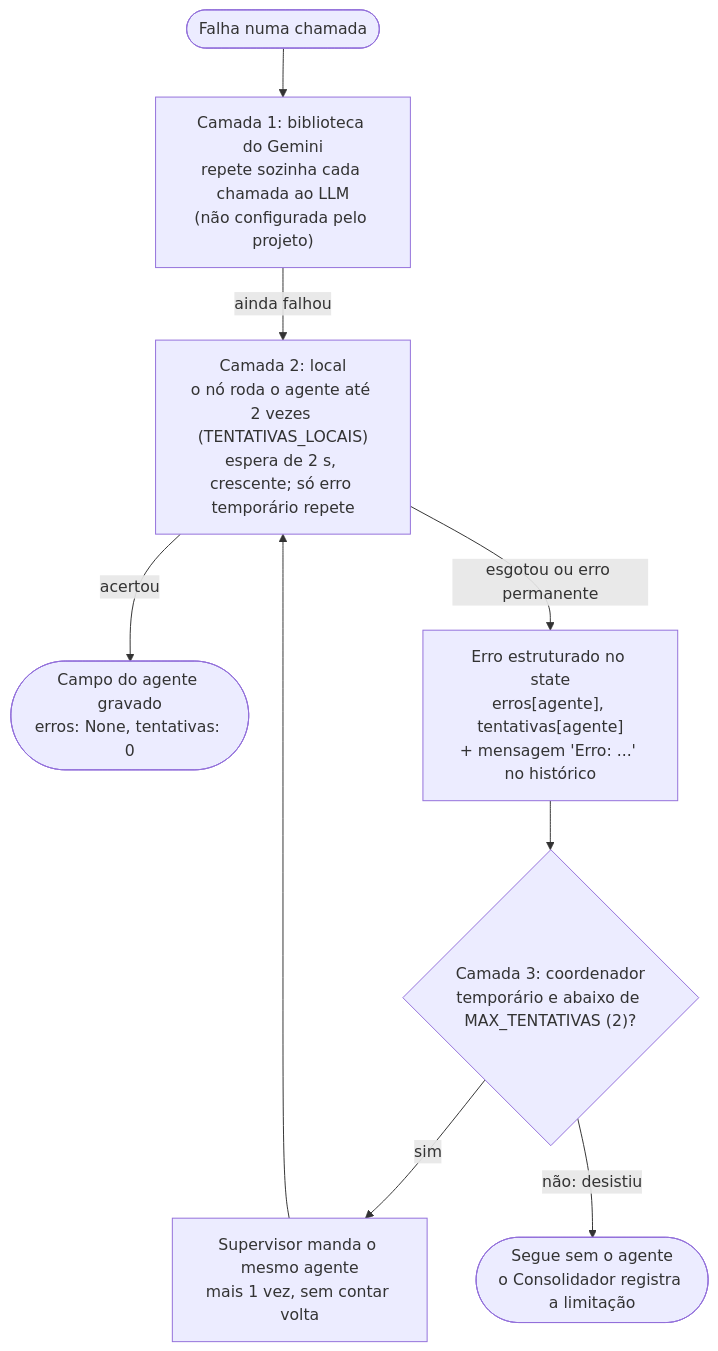
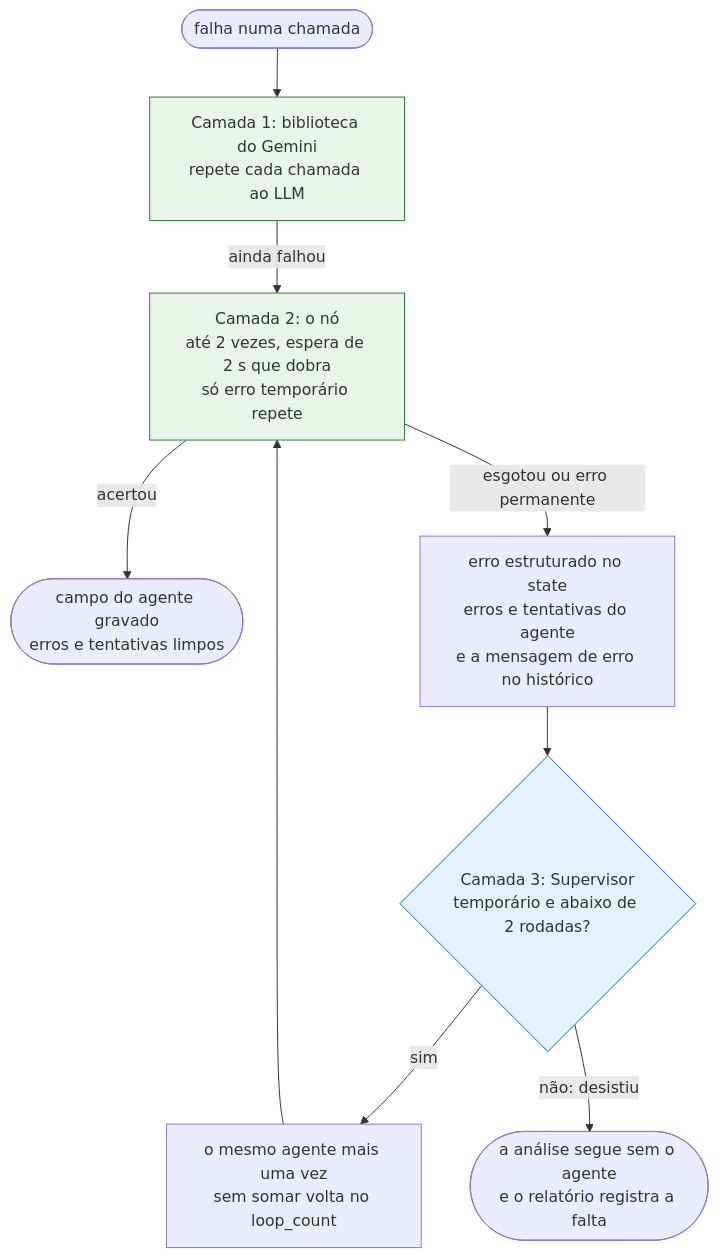
One commit to igorc22/pipeline-inteligencia-financeira-b3 changed the third of 4 diagrams in docs/arquitetura.md. Above: the diagram before and after it, drawn with Mermaid. The commit also changed other lines of this file and 77 other files, not shown here.

````diff
--- a/docs/arquitetura.md
+++ b/docs/arquitetura.md
@@ -328,11 +84,16 @@
 ```mermaid
 flowchart TD
-    F(["Falha numa chamada"]) --> L1["Camada 1: biblioteca do Gemini<br/>repete sozinha cada chamada ao LLM<br/>(não configurada pelo projeto)"]
-    L1 -->|"ainda falhou"| L2["Camada 2: local<br/>o nó roda o agente até 2 vezes (TENTATIVAS_LOCAIS)<br/>espera de 2 s, crescente; só erro temporário repete"]
-    L2 -->|"acertou"| OK(["Campo do agente gravado<br/>erros: None, tentativas: 0"])
-    L2 -->|"esgotou ou erro permanente"| ERR["Erro estruturado no state<br/>erros[agente], tentativas[agente]<br/>+ mensagem 'Erro: ...' no histórico"]
-    ERR --> L3{"Camada 3: coordenador<br/>temporário e abaixo de MAX_TENTATIVAS (2)?"}
-    L3 -->|sim| RE["Supervisor manda o mesmo agente<br/>mais 1 vez, sem contar volta"]
-    RE --> L2
-    L3 -->|não: desistiu| SEG(["Segue sem o agente<br/>o Consolidador registra a limitação"])
+    FALHA(["falha numa chamada"]) --> CAMADA1["Camada 1: biblioteca do Gemini<br/>repete cada chamada ao LLM"]
+    CAMADA1 -->|"ainda falhou"| CAMADA2["Camada 2: o nó<br/>até 2 vezes, espera de 2 s que dobra<br/>só erro temporário repete"]
+    CAMADA2 -->|"acertou"| SUCESSO(["campo do agente gravado<br/>erros e tentativas limpos"])
+    CAMADA2 -->|"esgotou ou erro permanente"| ERRO_ESTRUTURADO["erro estruturado no state<br/>erros e tentativas do agente<br/>e a mensagem de erro no histórico"]
+    ERRO_ESTRUTURADO --> CAMADA3{"Camada 3: Supervisor<br/>temporário e abaixo de 2 rodadas?"}
+    CAMADA3 -->|sim| REENVIO["o mesmo agente mais uma vez<br/>sem somar volta no loop_count"]
+    REENVIO --> CAMADA2
+    CAMADA3 -->|"não: desistiu"| PROSSEGUE(["a análise segue sem o agente<br/>e o relatório registra a falta"])
+
+    classDef camada fill:#e8f5e9,stroke:#2e7d32
+    classDef decisao fill:#e3f2fd,stroke:#1565c0
+    class CAMADA1,CAMADA2 camada
+    class CAMADA3 decisao
 ```
````
